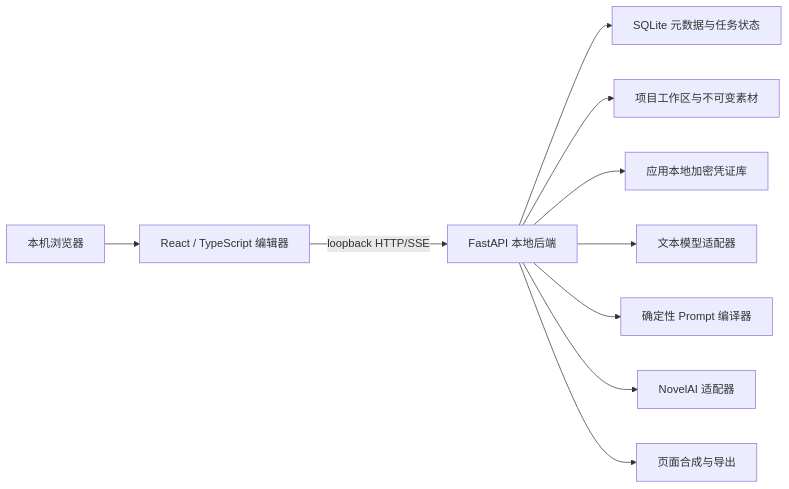
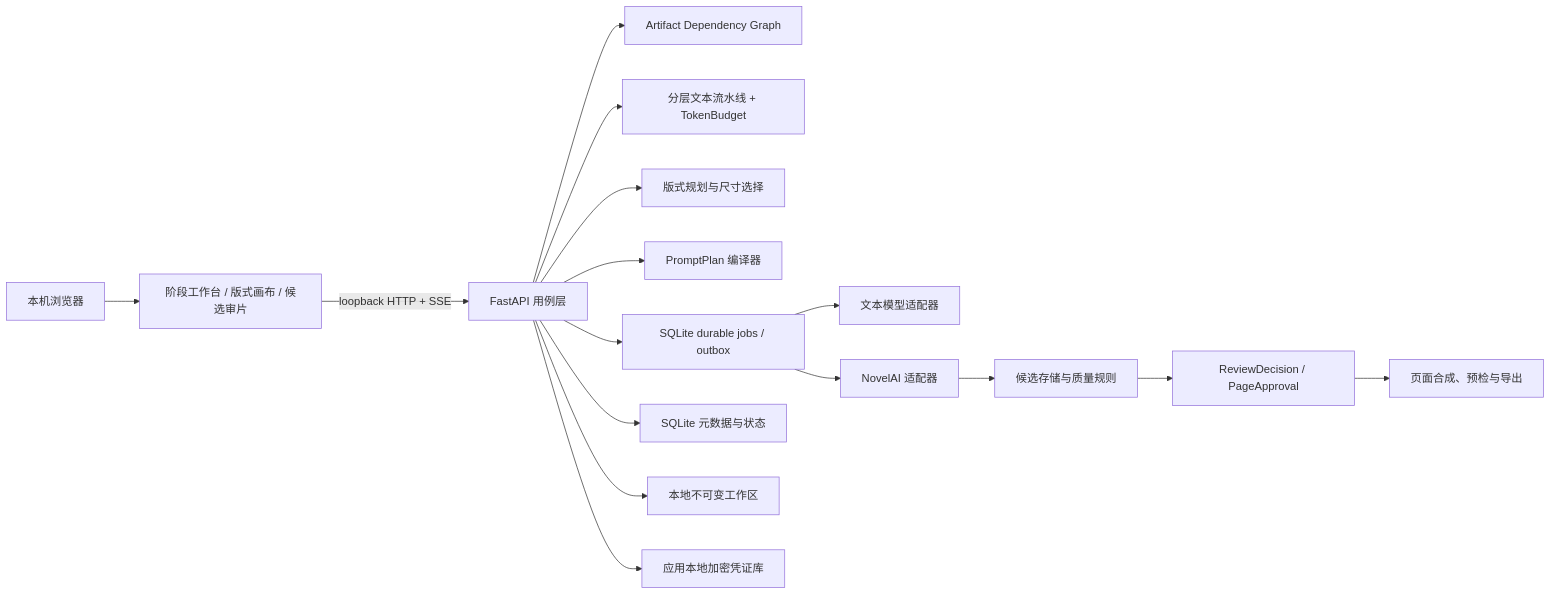
Before and after one commit to Litinan-Ery/Manga-Maker: the second of 2 diagrams in PRD.md, drawn with Mermaid. The commit also changed other lines of this file and 7 other files, not shown here.

First line of the commit message:
docs: define v0.3 architecture and delivery tickets

````diff
--- a/PRD.md
+++ b/PRD.md
@@ -684,12 +895,18 @@
 ```mermaid
 flowchart LR
-    U["本机浏览器"] --> F["React / TypeScript 编辑器"]
-    F -->|loopback HTTP/SSE| B["FastAPI 本地后端"]
-    B --> D["SQLite 元数据与任务状态"]
-    B --> W["项目工作区与不可变素材"]
+    U["本机浏览器"] --> F["阶段工作台 / 版式画布 / 候选审片"]
+    F -->|"loopback HTTP + SSE"| B["FastAPI 用例层"]
+    B --> ADG["Artifact Dependency Graph"]
+    B --> TP["分层文本流水线 + TokenBudget"]
+    B --> LP["版式规划与尺寸选择"]
+    B --> PC["PromptPlan 编译器"]
+    B --> JW["SQLite durable jobs / outbox"]
+    JW --> L["文本模型适配器"]
+    JW --> N["NovelAI 适配器"]
+    N --> QC["候选存储与质量规则"]
+    QC --> RV["ReviewDecision / PageApproval"]
+    RV --> C["页面合成、预检与导出"]
+    B --> D["SQLite 元数据与状态"]
+    B --> W["本地不可变工作区"]
     B --> K["应用本地加密凭证库"]
-    B --> L["文本模型适配器"]
-    B --> PC["确定性 Prompt 编译器"]
-    B --> N["NovelAI 适配器"]
-    B --> C["页面合成与导出"]
 ```
````
